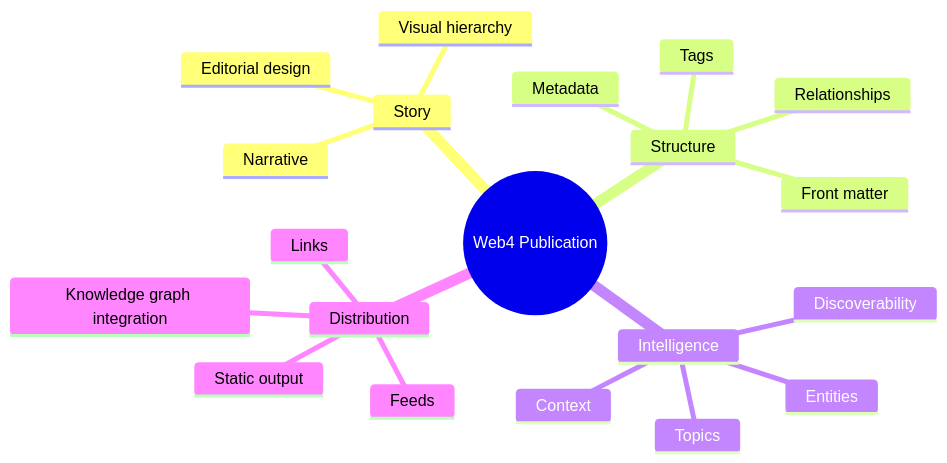
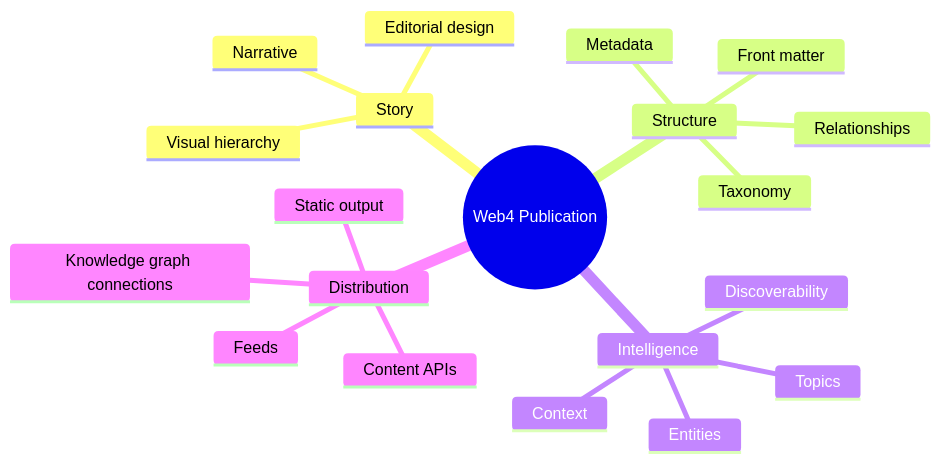
One commit to web4hub/web4-publisher changed the second of 2 diagrams in index.md. Above: the diagram before and after it, drawn with Mermaid. The commit also changed other lines of this file, not shown here.

````diff
--- a/index.md
+++ b/index.md
@@ -85,23 +103,23 @@
 ```mermaid
 mindmap
   root((Web4 Publication))
     Story
       Narrative
       Visual hierarchy
       Editorial design
     Structure
       Front matter
       Metadata
-      Tags
       Relationships
+      Taxonomy
     Intelligence
       Topics
       Entities
       Context
       Discoverability
     Distribution
       Static output
       Feeds
-      Links
-      Knowledge graph integration
+      Content APIs
+      Knowledge graph connections
 ```
````
